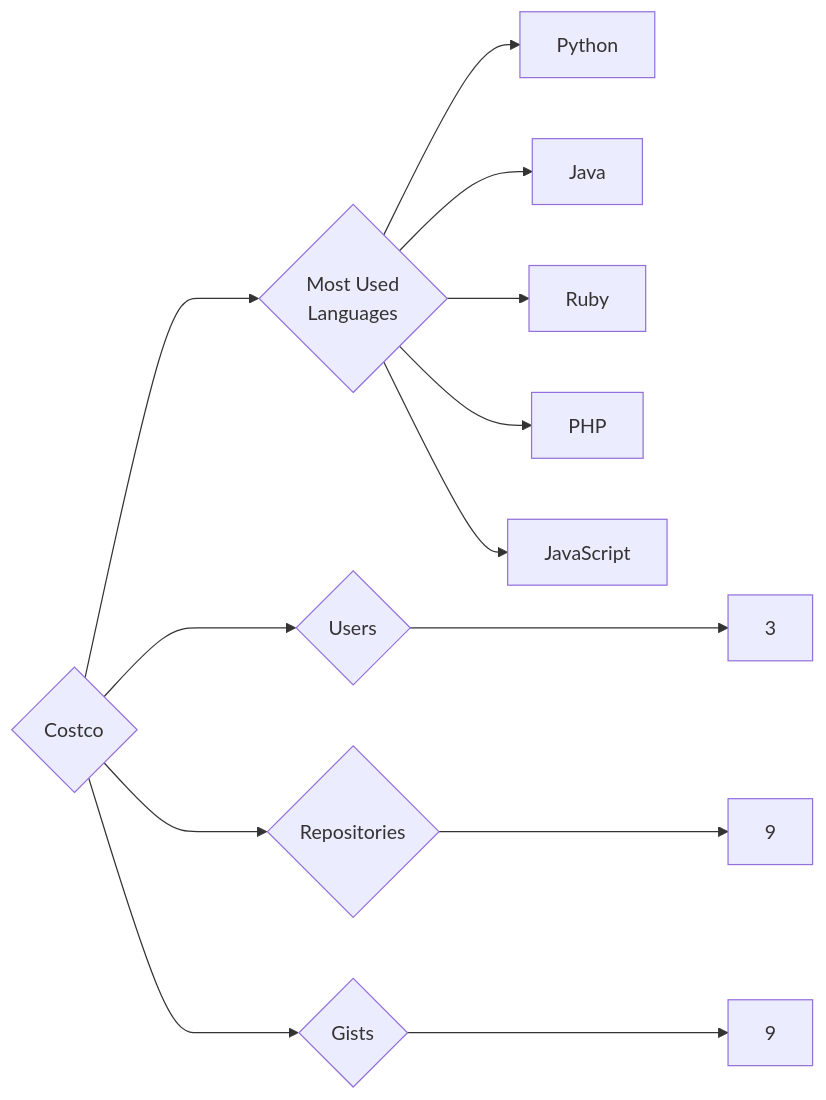
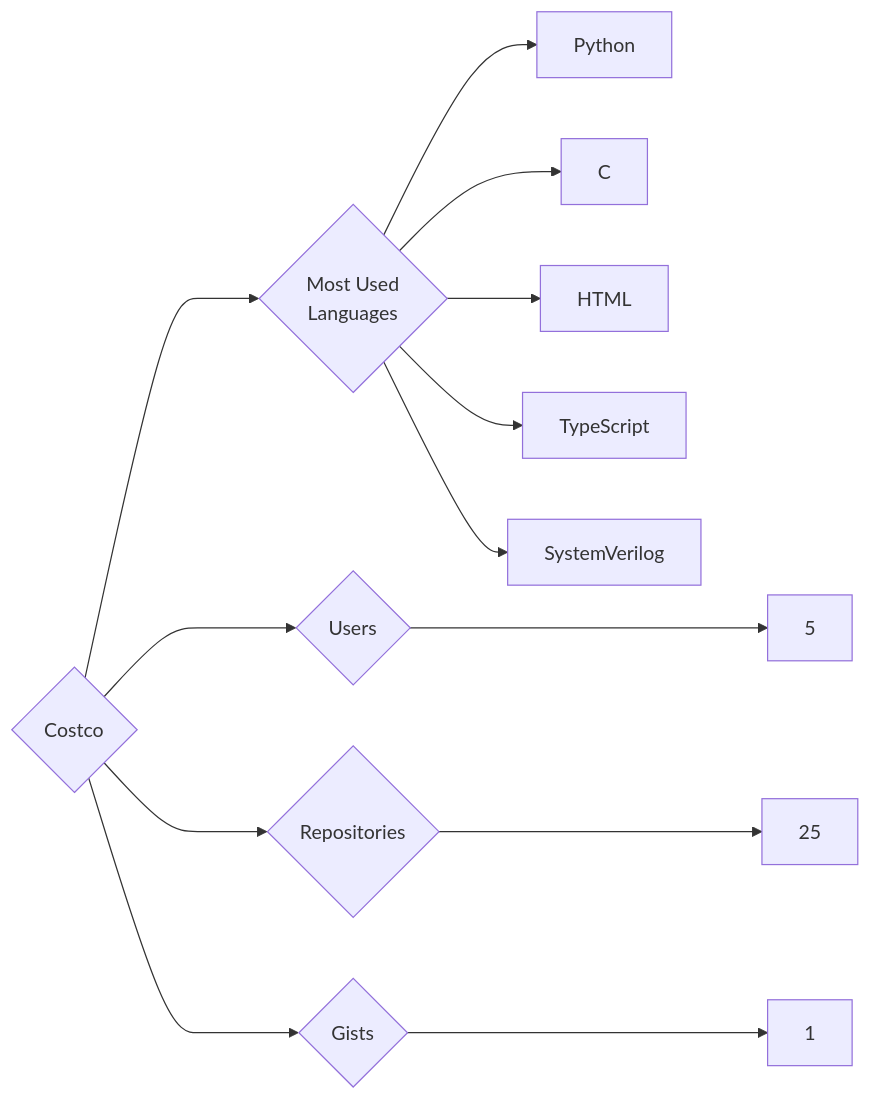
One commit to trickest/insiders changed the diagram in targets/Costco/README.md. Above: the diagram before and after it, drawn with Mermaid. The commit also changed 1123 other files, not shown here.

````diff
--- a/targets/Costco/README.md
+++ b/targets/Costco/README.md
@@ -3,13 +3,13 @@
 ```mermaid
 graph LR
 COMPANY_NAME{Costco}
-COMPANY_NAME ---> U{Users} ---> UN[3]
-COMPANY_NAME ---> R{Repositories} ---> RN[9]
-COMPANY_NAME ---> G{Gists} ---> GN[9]
+COMPANY_NAME ---> U{Users} ---> UN[5]
+COMPANY_NAME ---> R{Repositories} ---> RN[25]
+COMPANY_NAME ---> G{Gists} ---> GN[1]
 COMPANY_NAME ---> ML{Most Used<br>Languages}
 ML --> Python[Python]
-ML --> Java[Java]
-ML --> Ruby[Ruby]
-ML --> PHP[PHP]
-ML --> JavaScript[JavaScript]
+ML --> C[C]
+ML --> HTML[HTML]
+ML --> TypeScript[TypeScript]
+ML --> SystemVerilog[SystemVerilog]
 ```
````
